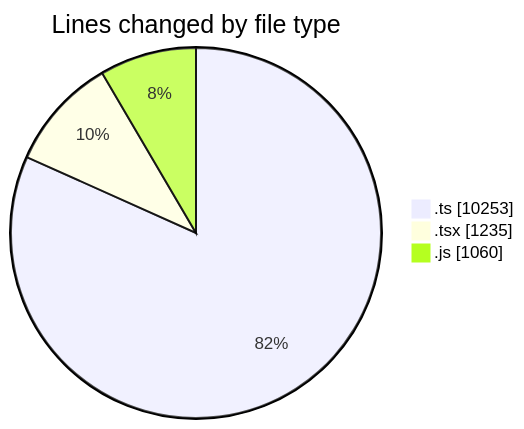
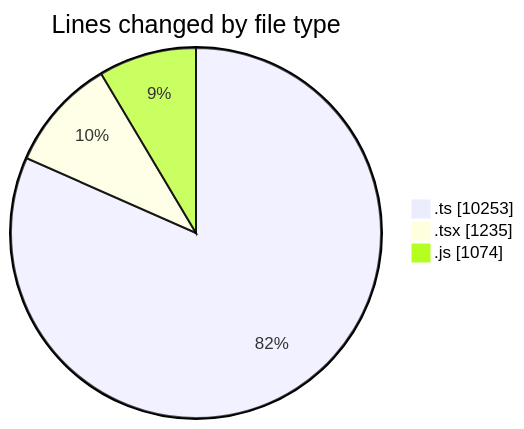
The first of 2 diagrams in 2025-06-23/cda/README.md (momahboobian/code-tracking), drawn with Mermaid before and after one commit. The commit also changed other lines of this file and 1 other file, not shown here.

````diff
--- a/2025-06-23/cda/README.md
+++ b/2025-06-23/cda/README.md
@@ -29,7 +29,7 @@
 ```mermaid
 pie showData
 title Lines changed by file type
 ".ts" : 10253
 ".tsx" : 1235
-".js" : 1060
+".js" : 1074
 ```
````
